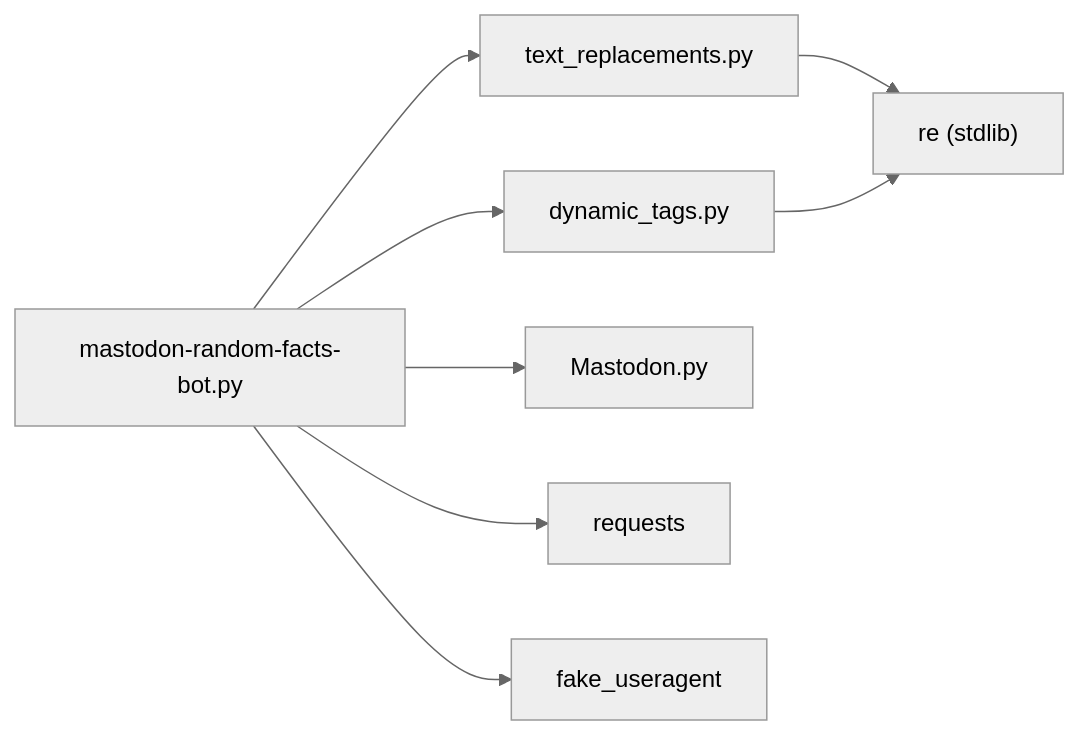
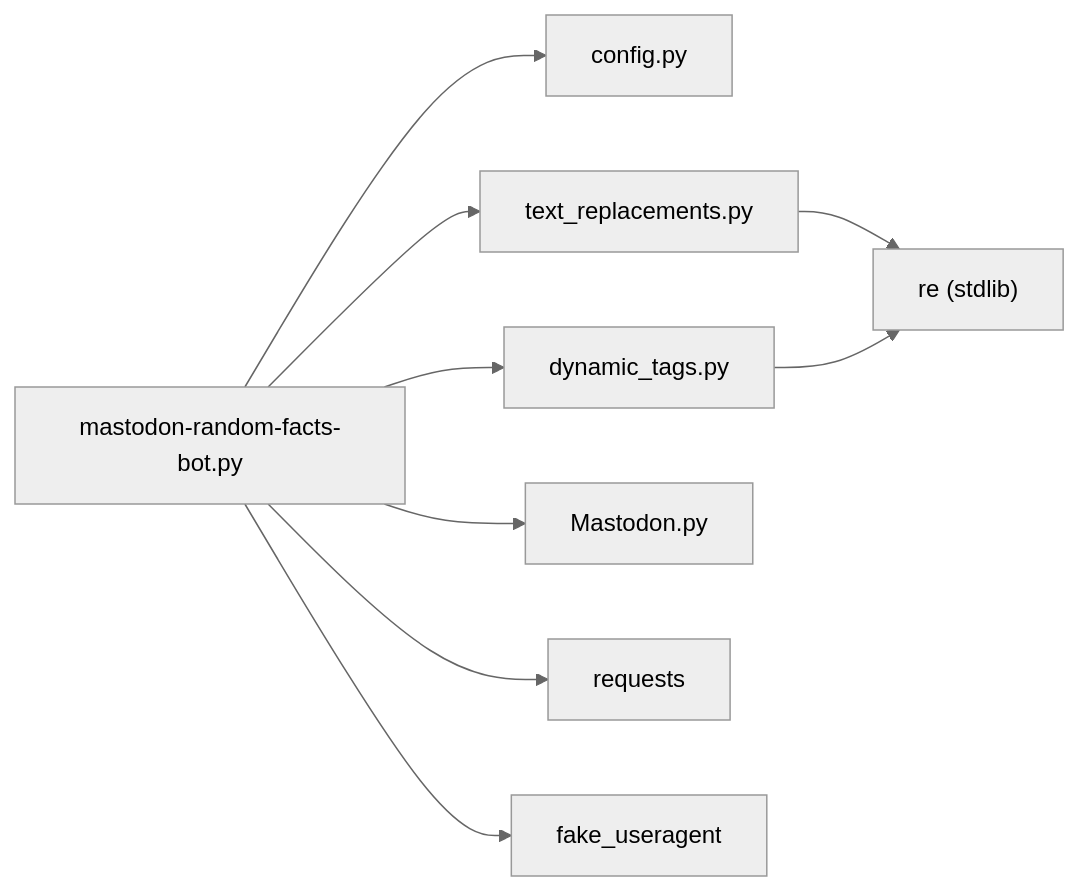
Before and after one commit to hmlendea/mastodon-random-facts-bot: the seventh of 7 diagrams in ARCHITECTURE.md, drawn with Mermaid (neutral theme). The commit also changed other lines of this file and 34 other files, not shown here.

````diff
--- a/ARCHITECTURE.md
+++ b/ARCHITECTURE.md
@@ -241,10 +244,11 @@
 ```mermaid
 flowchart LR
-    Entry["mastodon-random-facts-bot.py"] --> TR["text_replacements.py"]
+    Entry["mastodon-random-facts-bot.py"] --> Config["config.py"]
+    Entry --> TR["text_replacements.py"]
     Entry --> DT["dynamic_tags.py"]
     Entry --> Mastodon["Mastodon.py"]
     Entry --> Requests["requests"]
     Entry --> UA["fake_useragent"]
     TR --> Re["re (stdlib)"]
     DT --> Re
 ```
````
